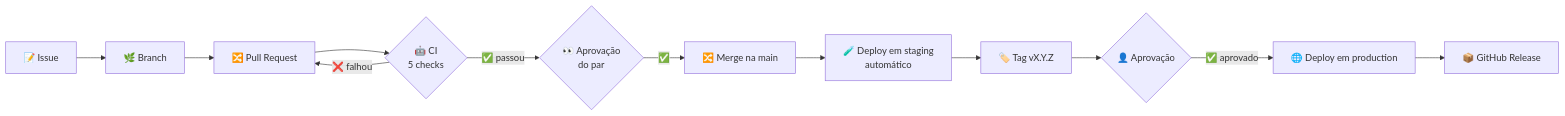
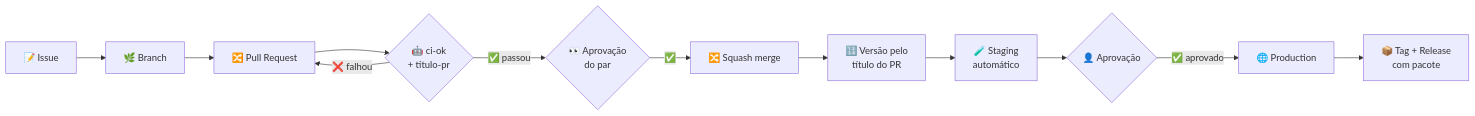
One commit to GChandrone/pdc-plataforma-dados-comercial changed the third of 3 diagrams in README.md. Above: the diagram before and after it, drawn with Mermaid. The commit also changed other lines of this file and 19 other files, not shown here.

First line of the commit message:
ci!: adota CI/CD do PGC com versão automática (#29)

````diff
--- a/README.md
+++ b/README.md
@@ -166,8 +166,8 @@
 ```mermaid
 flowchart LR
-    A["📝 Issue"] --> B["🌿 Branch"] --> C["🔀 Pull Request"] --> D{"🤖 CI<br/>5 checks"}
+    A["📝 Issue"] --> B["🌿 Branch"] --> C["🔀 Pull Request"] --> D{"🤖 ci-ok<br/>+ titulo-pr"}
     D -- "❌ falhou" --> C
-    D -- "✅ passou" --> RV{"👀 Aprovação<br/>do par"} -- "✅" --> E["🔀 Merge na main"] --> F["🧪 Deploy em staging<br/>automático"]
-    F --> G["🏷️ Tag vX.Y.Z"] --> H{"👤 Aprovação"}
-    H -- "✅ aprovado" --> I["🌐 Deploy em production"] --> J["📦 GitHub Release"]
+    D -- "✅ passou" --> RV{"👀 Aprovação<br/>do par"} -- "✅" --> E["🔀 Squash merge"]
+    E --> V["🔢 Versão pelo<br/>título do PR"] --> F["🧪 Staging<br/>automático"]
+    F --> H{"👤 Aprovação"} -- "✅ aprovado" --> I["🌐 Production"] --> J["📦 Tag + Release<br/>com pacote"]
 ```
````
